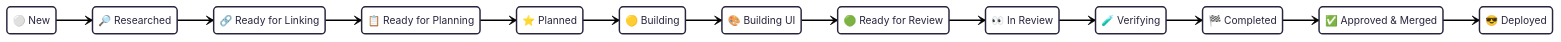
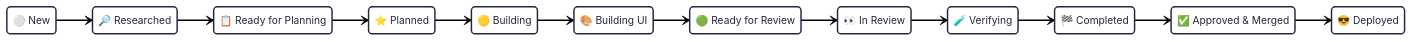
One commit to kigster/openlanes changed the first of 7 diagrams in docs/WORKFLOW.md. Above: the diagram before and after it, drawn with Mermaid. The commit also changed other lines of this file and 1 other file, not shown here.

Commit message:
Regenerate WORKFLOW.md without the linking step

````diff
--- a/docs/WORKFLOW.md
+++ b/docs/WORKFLOW.md
@@ -39,35 +39,33 @@
 ```mermaid
 ---
 config:
   layout: dagre
   theme: redux-color
 ---
 stateDiagram-v2
     direction LR
     new : ⚪ New
     researched : 🔎 Researched
-    ready_for_linking : 🔗 Ready for Linking
     ready_for_planning : 📋 Ready for Planning
     planned : ⭐ Planned
     building : 🟡 Building
     building_ui : 🎨 Building UI
     ready_for_review : 🟢 Ready for Review
     in_review : 👀 In Review
     verifying : 🧪 Verifying
     completed : 🏁 Completed
     approved : ✅ Approved & Merged
     deployed : 😎 Deployed
 
     new --> researched
-    researched --> ready_for_linking
-    ready_for_linking --> ready_for_planning
+    researched --> ready_for_planning
     ready_for_planning --> planned
     planned --> building
     building --> building_ui
     building_ui --> ready_for_review
     ready_for_review --> in_review
     in_review --> verifying
     verifying --> completed
     completed --> approved
     approved --> deployed
 ```
````
